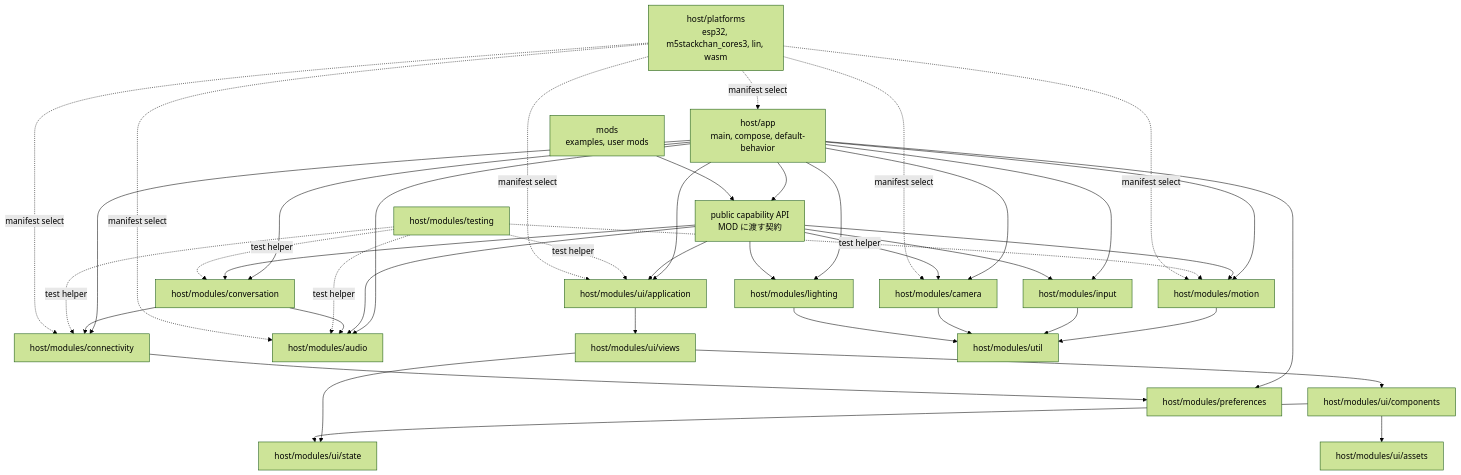
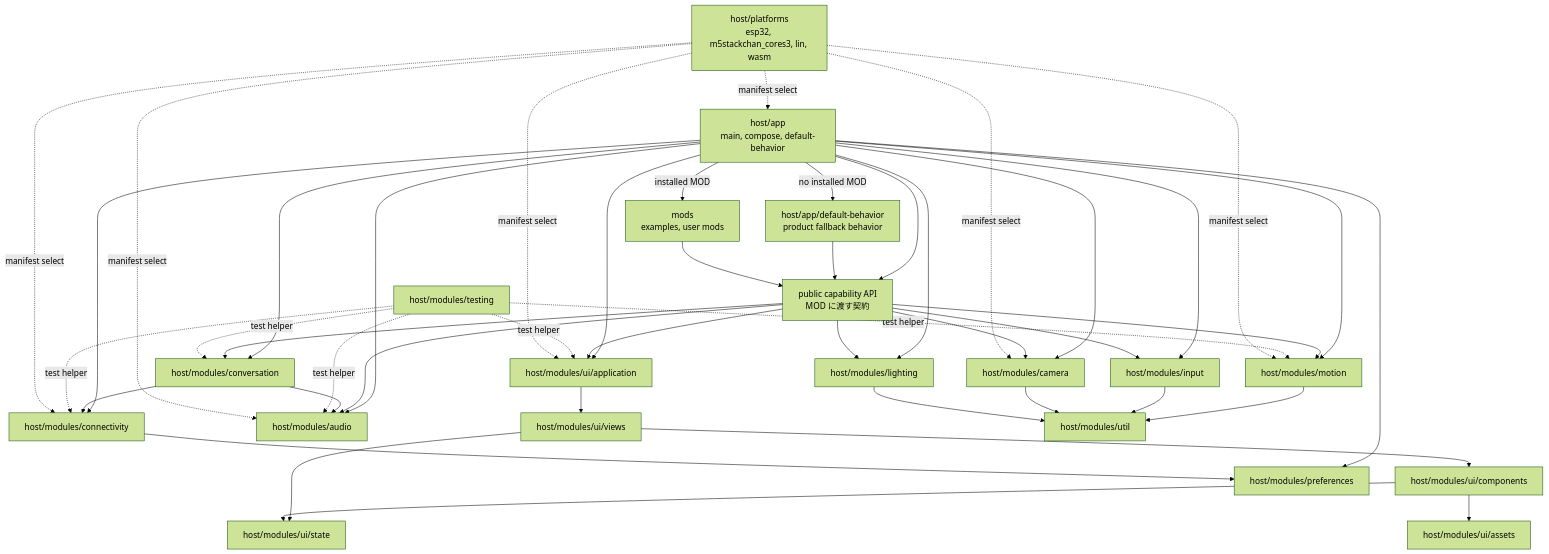
The diagram in docs/architecture/firmware-rearchitecture_ja.md (stack-chan/stack-chan), drawn with Mermaid (forest theme) before and after one commit. The commit also changed other lines of this file and 18 other files, not shown here.

Commit message:
Fix MOD override behavior and pitch calculation

````diff
--- a/docs/architecture/firmware-rearchitecture_ja.md
+++ b/docs/architecture/firmware-rearchitecture_ja.md
@@ -119,72 +123,76 @@
 ```mermaid
 flowchart TD
   App["host/app<br/>main, compose, default-behavior"]
+  DefaultBehavior["host/app/default-behavior<br/>product fallback behavior"]
   PublicAPI["public capability API<br/>MOD に渡す契約"]
   Mods["mods<br/>examples, user mods"]
 
   UIApp["host/modules/ui/application"]
   UIViews["host/modules/ui/views"]
   UIComponents["host/modules/ui/components"]
   UIState["host/modules/ui/state"]
   UIAssets["host/modules/ui/assets"]
 
   Audio["host/modules/audio"]
   Camera["host/modules/camera"]
   Conversation["host/modules/conversation"]
   Connectivity["host/modules/connectivity"]
   Input["host/modules/input"]
   Lighting["host/modules/lighting"]
   Motion["host/modules/motion"]
   Preferences["host/modules/preferences"]
   Util["host/modules/util"]
   Testing["host/modules/testing"]
 
   Platforms["host/platforms<br/>esp32, m5stackchan_cores3, lin, wasm"]
 
+  App -- "no installed MOD" --> DefaultBehavior
+  App -- "installed MOD" --> Mods
   App --> PublicAPI
+  DefaultBehavior --> PublicAPI
   App --> UIApp
   App --> Audio
   App --> Camera
   App --> Conversation
   App --> Connectivity
   App --> Input
   App --> Lighting
   App --> Motion
   App --> Preferences
 
   Mods --> PublicAPI
   PublicAPI --> UIApp
   PublicAPI --> Audio
   PublicAPI --> Conversation
   PublicAPI --> Motion
   PublicAPI --> Input
   PublicAPI --> Lighting
   PublicAPI --> Camera
 
   UIApp --> UIViews
   UIViews --> UIComponents
   UIViews --> UIState
   UIComponents --> UIState
   UIComponents --> UIAssets
 
   Conversation --> Audio
   Conversation --> Connectivity
   Connectivity --> Preferences
   Motion --> Util
   Input --> Util
   Camera --> Util
   Lighting --> Util
 
   Testing -. test helper .-> Audio
   Testing -. test helper .-> Conversation
   Testing -. test helper .-> Connectivity
   Testing -. test helper .-> Motion
   Testing -. test helper .-> UIApp
 
   Platforms -. manifest select .-> App
   Platforms -. manifest select .-> UIApp
   Platforms -. manifest select .-> Audio
   Platforms -. manifest select .-> Camera
   Platforms -. manifest select .-> Connectivity
   Platforms -. manifest select .-> Motion
 ```
````
